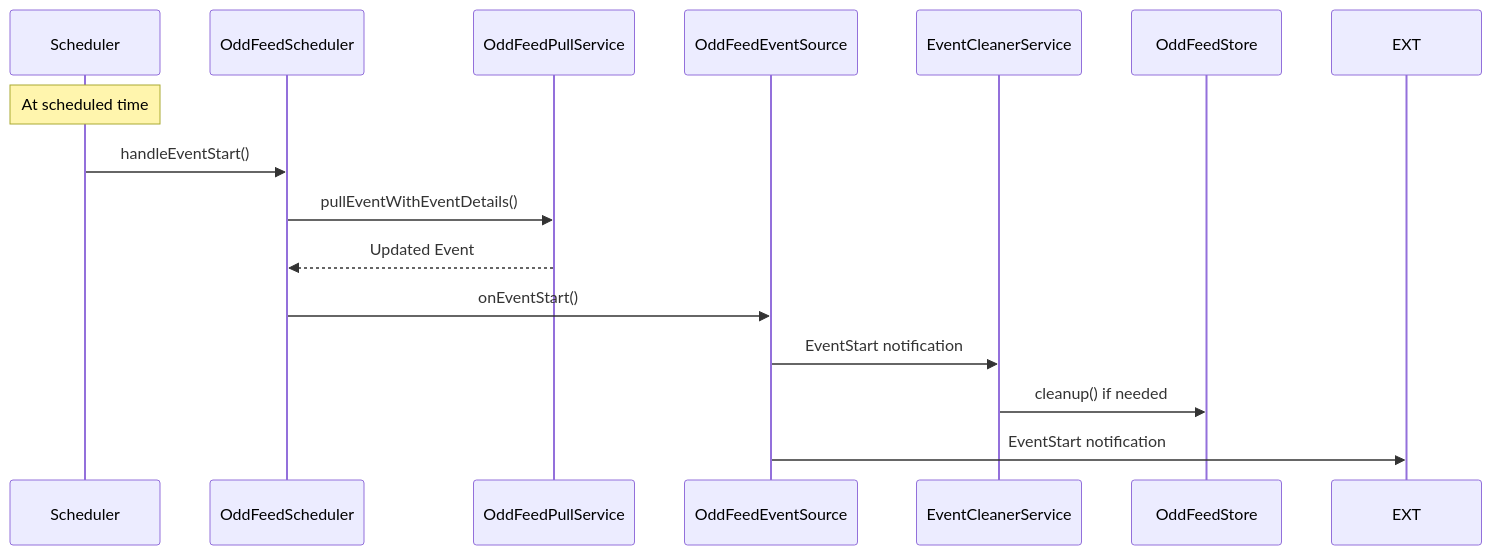
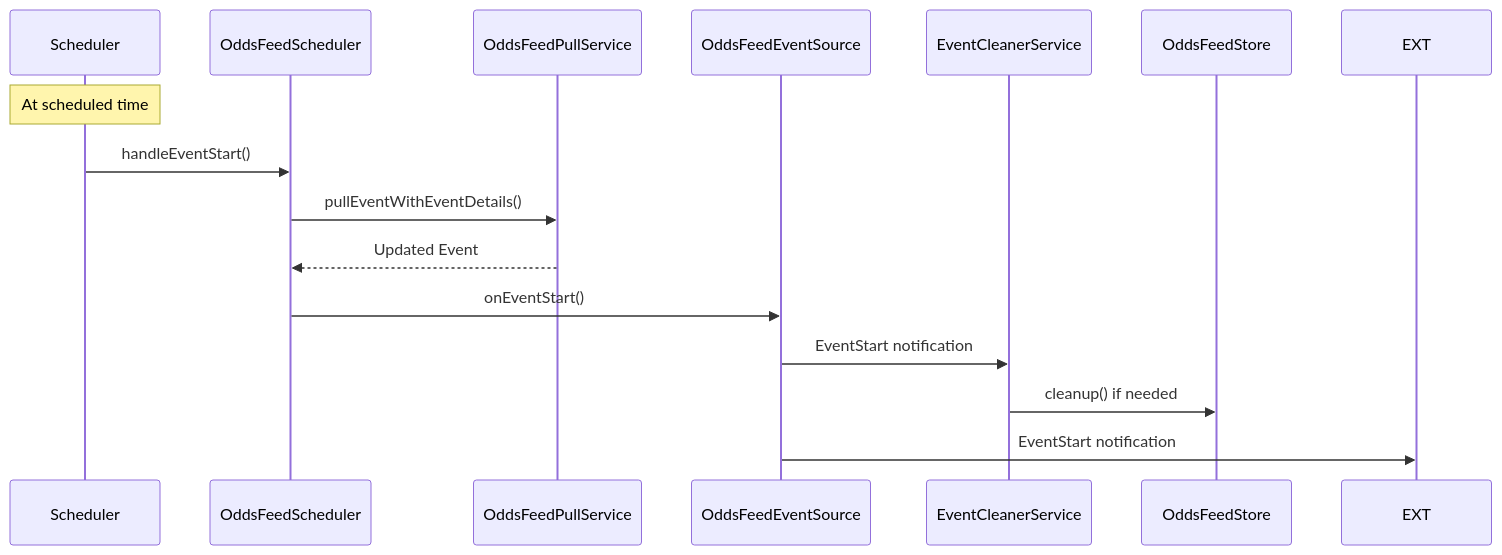
Before and after one commit to starixvn/l1_marble-games_odds-feed-client: the third of 3 diagrams in README.md, drawn with Mermaid. The commit also changed other lines of this file, not shown here.

````diff
--- a/README.md
+++ b/README.md
@@ -116,18 +116,18 @@
 ```mermaid
 sequenceDiagram
     participant SCH as Scheduler
-    participant SC as OddFeedScheduler
-    participant PS as OddFeedPullService
-    participant ES as OddFeedEventSource
+    participant SC as OddsFeedScheduler
+    participant PS as OddsFeedPullService
+    participant ES as OddsFeedEventSource
     participant CL as EventCleanerService
-    participant ST as OddFeedStore
+    participant ST as OddsFeedStore
 
     Note over SCH: At scheduled time
     SCH->>SC: handleEventStart()
     SC->>PS: pullEventWithEventDetails()
     PS-->>SC: Updated Event
     SC->>ES: onEventStart()
     ES->>CL: EventStart notification
     CL->>ST: cleanup() if needed
     ES->>EXT: EventStart notification
 ```
````
